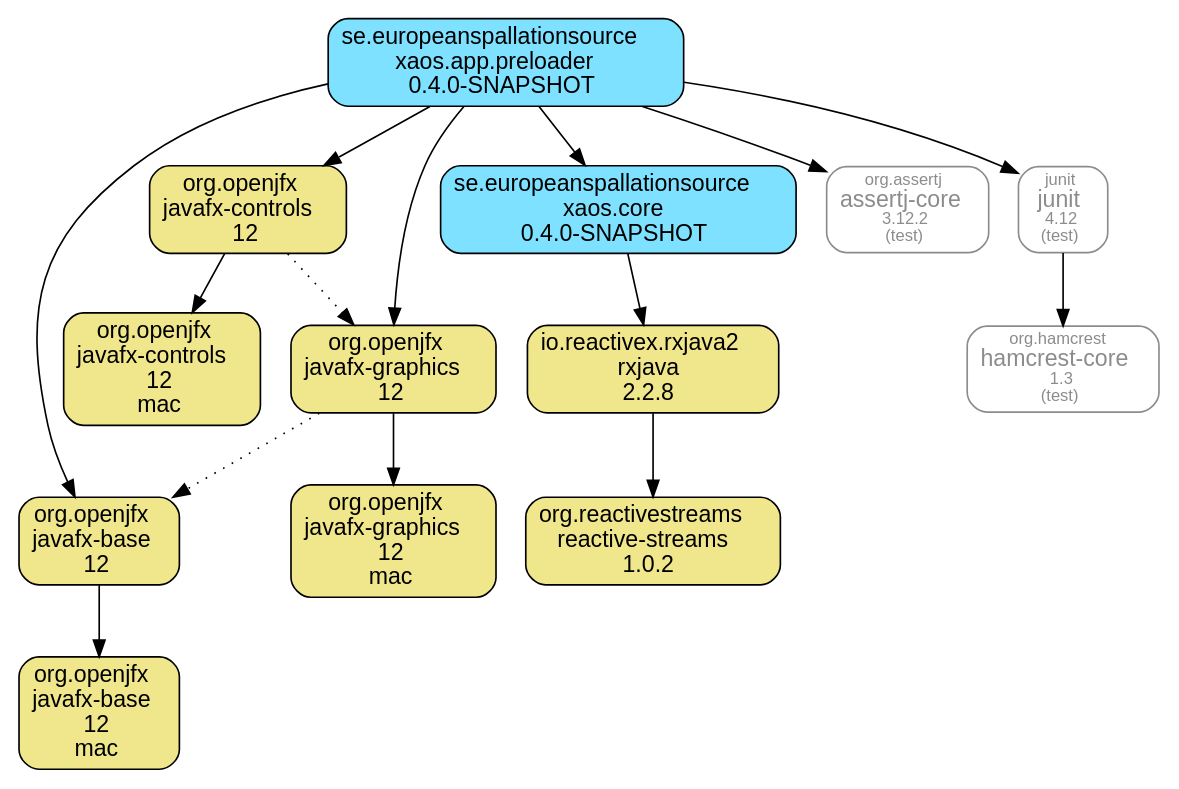
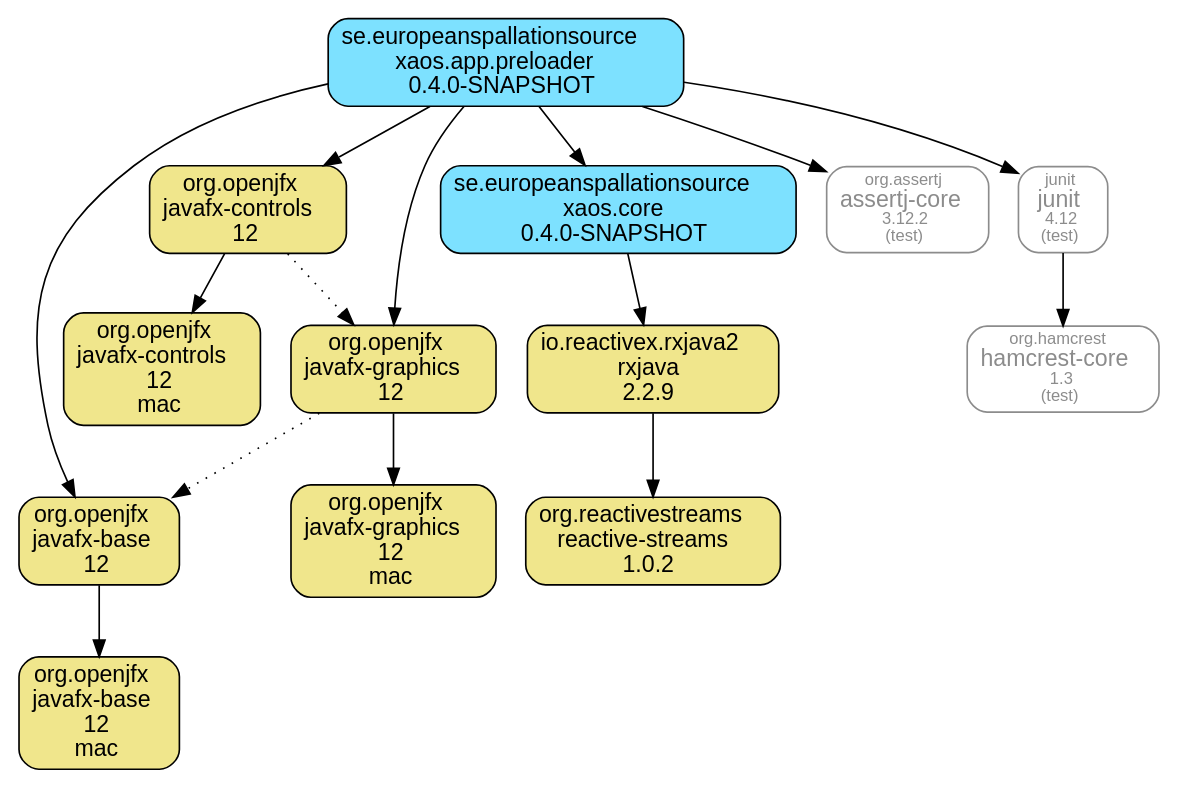
One commit to ESSICS/XAOS changed the diagram in xaos.app.preloader.module/doc/maven-dependencies.dot. Above: the diagram before and after it, drawn with Graphviz. The commit also changed 27 other files, not shown here.

```diff
--- a/xaos.app.preloader.module/doc/maven-dependencies.dot
+++ b/xaos.app.preloader.module/doc/maven-dependencies.dot
@@ -1,35 +1,35 @@
 digraph "xaos.app.preloader" {
   node [shape="box",style="rounded",fontname="Helvetica",fontsize="14"]
   edge [fontsize="10",fontname="Helvetica"]
 
   // Node Definitions:
   "org.openjfx:javafx-base:jar"[shape="box",style="rounded, filled",fillcolor="khaki",label=<org.openjfx<br/>javafx-base<br/>12>]
   "org.openjfx:javafx-base:jar:mac"[shape="box",style="rounded, filled",fillcolor="khaki",label=<org.openjfx<br/>javafx-base<br/>12<br/>mac>]
   "se.europeanspallationsource:xaos.app.preloader:jar"[shape="box",style="rounded, filled",fillcolor="#7DE1FF",label=<se.europeanspallationsource<br/>xaos.app.preloader<br/>0.4.0-SNAPSHOT>]
   "org.openjfx:javafx-controls:jar"[shape="box",style="rounded, filled",fillcolor="khaki",label=<org.openjfx<br/>javafx-controls<br/>12>]
   "org.openjfx:javafx-controls:jar:mac"[shape="box",style="rounded, filled",fillcolor="khaki",label=<org.openjfx<br/>javafx-controls<br/>12<br/>mac>]
   "org.openjfx:javafx-graphics:jar"[shape="box",style="rounded, filled",fillcolor="khaki",label=<org.openjfx<br/>javafx-graphics<br/>12>]
   "org.openjfx:javafx-graphics:jar:mac"[shape="box",style="rounded, filled",fillcolor="khaki",label=<org.openjfx<br/>javafx-graphics<br/>12<br/>mac>]
-  "io.reactivex.rxjava2:rxjava:jar"[shape="box",style="rounded, filled",fillcolor="khaki",label=<io.reactivex.rxjava2<br/>rxjava<br/>2.2.8>]
+  "io.reactivex.rxjava2:rxjava:jar"[shape="box",style="rounded, filled",fillcolor="khaki",label=<io.reactivex.rxjava2<br/>rxjava<br/>2.2.9>]
   "org.reactivestreams:reactive-streams:jar"[shape="box",style="rounded, filled",fillcolor="khaki",label=<org.reactivestreams<br/>reactive-streams<br/>1.0.2>]
   "se.europeanspallationsource:xaos.core:jar"[shape="box",style="rounded, filled",fillcolor="#7DE1FF",label=<se.europeanspallationsource<br/>xaos.core<br/>0.4.0-SNAPSHOT>]
   "org.assertj:assertj-core:jar"[shape="box",style="rounded",color="grey55",fontname="Helvetica",fontsize="14",fontcolor="grey55",label=<<font color="grey55" point-size="10">org.assertj</font><br/>assertj-core<font color="grey55" point-size="10"><br/>3.12.2</font><font color="grey55" point-size="10"><br/>(test)</font>>]
   "junit:junit:jar"[shape="box",style="rounded",color="grey55",fontname="Helvetica",fontsize="14",fontcolor="grey55",label=<<font color="grey55" point-size="10">junit</font><br/>junit<font color="grey55" point-size="10"><br/>4.12</font><font color="grey55" point-size="10"><br/>(test)</font>>]
   "org.hamcrest:hamcrest-core:jar"[shape="box",style="rounded",color="grey55",fontname="Helvetica",fontsize="14",fontcolor="grey55",label=<<font color="grey55" point-size="10">org.hamcrest</font><br/>hamcrest-core<font color="grey55" point-size="10"><br/>1.3</font><font color="grey55" point-size="10"><br/>(test)</font>>]
 
   // Edge Definitions:
   "org.openjfx:javafx-base:jar" -> "org.openjfx:javafx-base:jar:mac"
   "se.europeanspallationsource:xaos.app.preloader:jar" -> "org.openjfx:javafx-base:jar"
   "org.openjfx:javafx-controls:jar" -> "org.openjfx:javafx-controls:jar:mac"
   "org.openjfx:javafx-controls:jar" -> "org.openjfx:javafx-graphics:jar"[style="dotted"]
   "se.europeanspallationsource:xaos.app.preloader:jar" -> "org.openjfx:javafx-controls:jar"
   "org.openjfx:javafx-graphics:jar" -> "org.openjfx:javafx-graphics:jar:mac"
   "org.openjfx:javafx-graphics:jar" -> "org.openjfx:javafx-base:jar"[style="dotted"]
   "se.europeanspallationsource:xaos.app.preloader:jar" -> "org.openjfx:javafx-graphics:jar"
   "io.reactivex.rxjava2:rxjava:jar" -> "org.reactivestreams:reactive-streams:jar"
   "se.europeanspallationsource:xaos.core:jar" -> "io.reactivex.rxjava2:rxjava:jar"
   "se.europeanspallationsource:xaos.app.preloader:jar" -> "se.europeanspallationsource:xaos.core:jar"
   "se.europeanspallationsource:xaos.app.preloader:jar" -> "org.assertj:assertj-core:jar"
   "junit:junit:jar" -> "org.hamcrest:hamcrest-core:jar"
   "se.europeanspallationsource:xaos.app.preloader:jar" -> "junit:junit:jar"
 }
```
